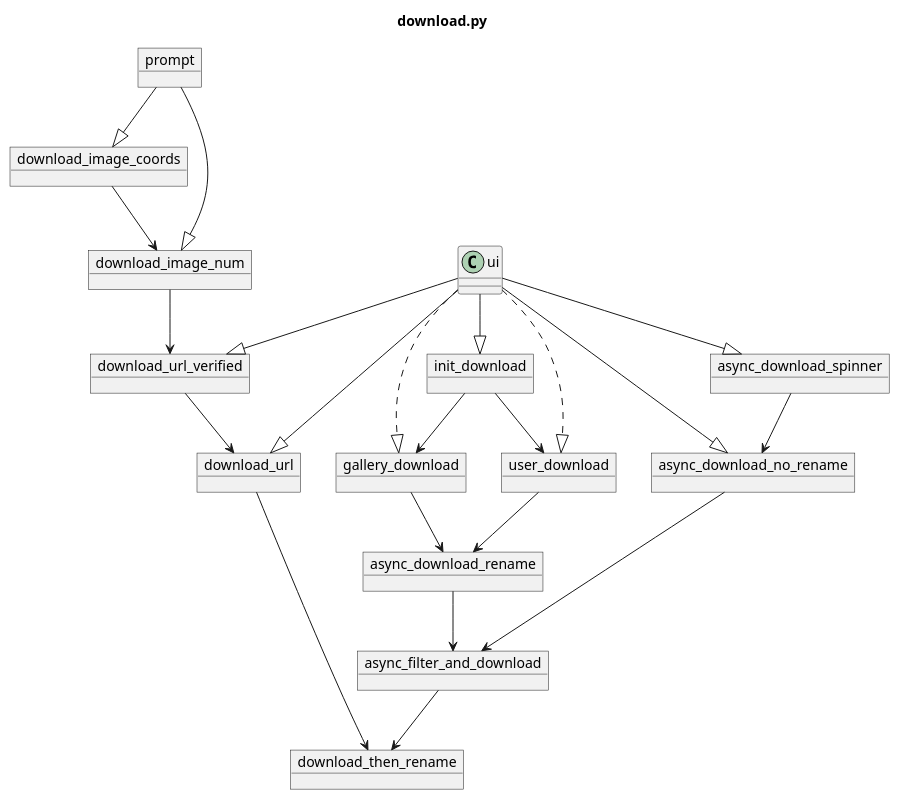
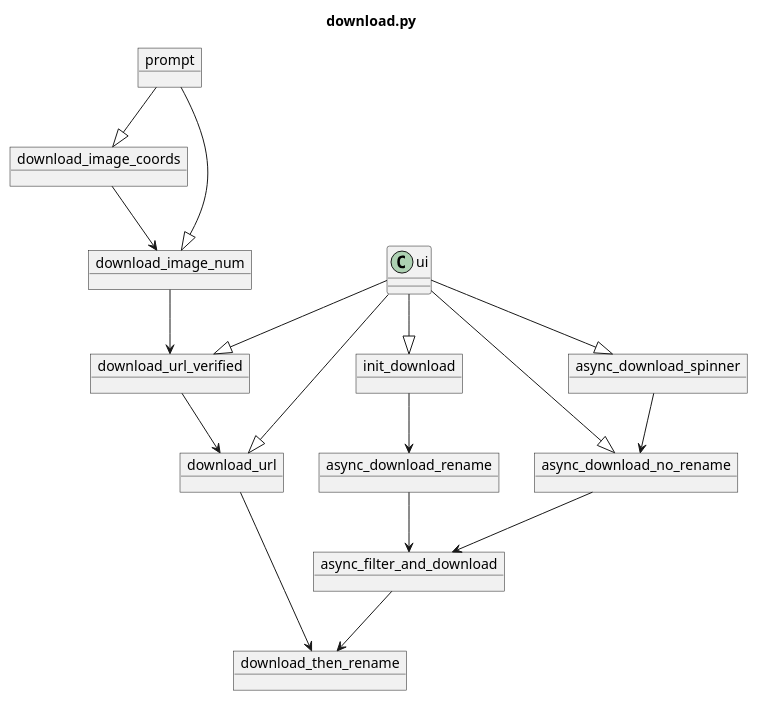
One commit to akazukin5151/koneko changed the diagram in puml/download.puml. Above: the diagram before and after it, drawn with PlantUML.

```diff
--- a/puml/download.puml
+++ b/puml/download.puml
@@ -1,46 +1,38 @@
 @startuml
 title download.py
 
 object init_download
-object gallery_download
-object user_download
 object async_download_rename
 object async_download_no_rename
 object async_download_spinner
 object async_filter_and_download
 object download_then_rename
 object download_url
 object download_url_verified
 object download_image_coords
 object download_image_num
 
 ui -down-|> init_download
-init_download -down-> gallery_download
-init_download -down-> user_download
-ui .down.|> gallery_download
-ui .down.|> user_download
-
-gallery_download -down-> async_download_rename
-user_download -down-> async_download_rename
+init_download -down-> async_download_rename
 
 async_download_rename -down-> async_filter_and_download
 async_download_no_rename -down-> async_filter_and_download
 async_filter_and_download -down-> download_then_rename
 
 ui -down-|> async_download_spinner
 async_download_spinner -down-> async_download_no_rename
 ui -down-|> async_download_no_rename
 
 download_url --> download_then_rename
 download_url_verified --> download_url
 download_image_coords --> download_image_num
 download_image_num --> download_url_verified
 
 ui -down-|> download_url
 ui -down-|> download_url_verified
 
 object prompt
 prompt --|> download_image_coords
 prompt --|> download_image_num
 
 @enduml
```
